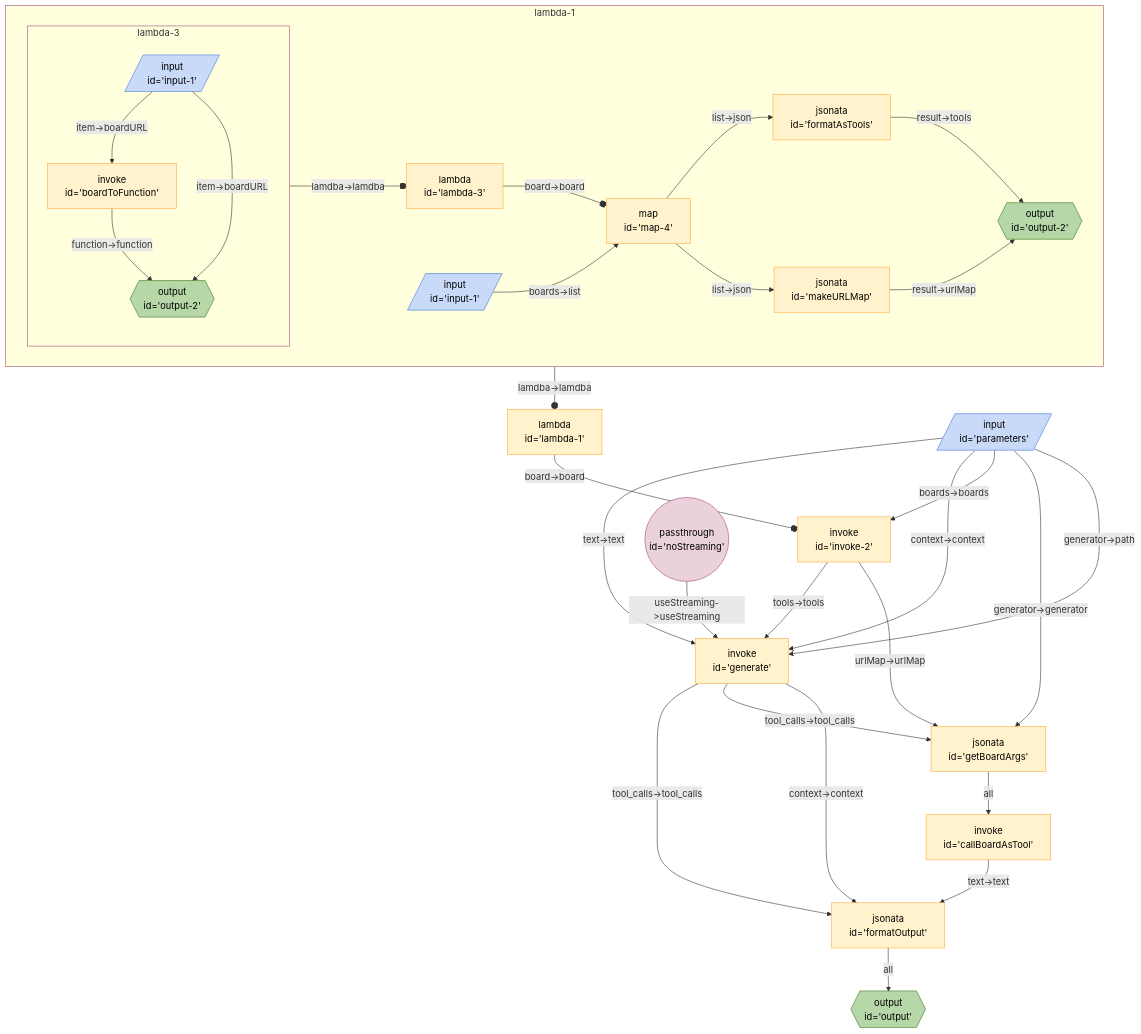
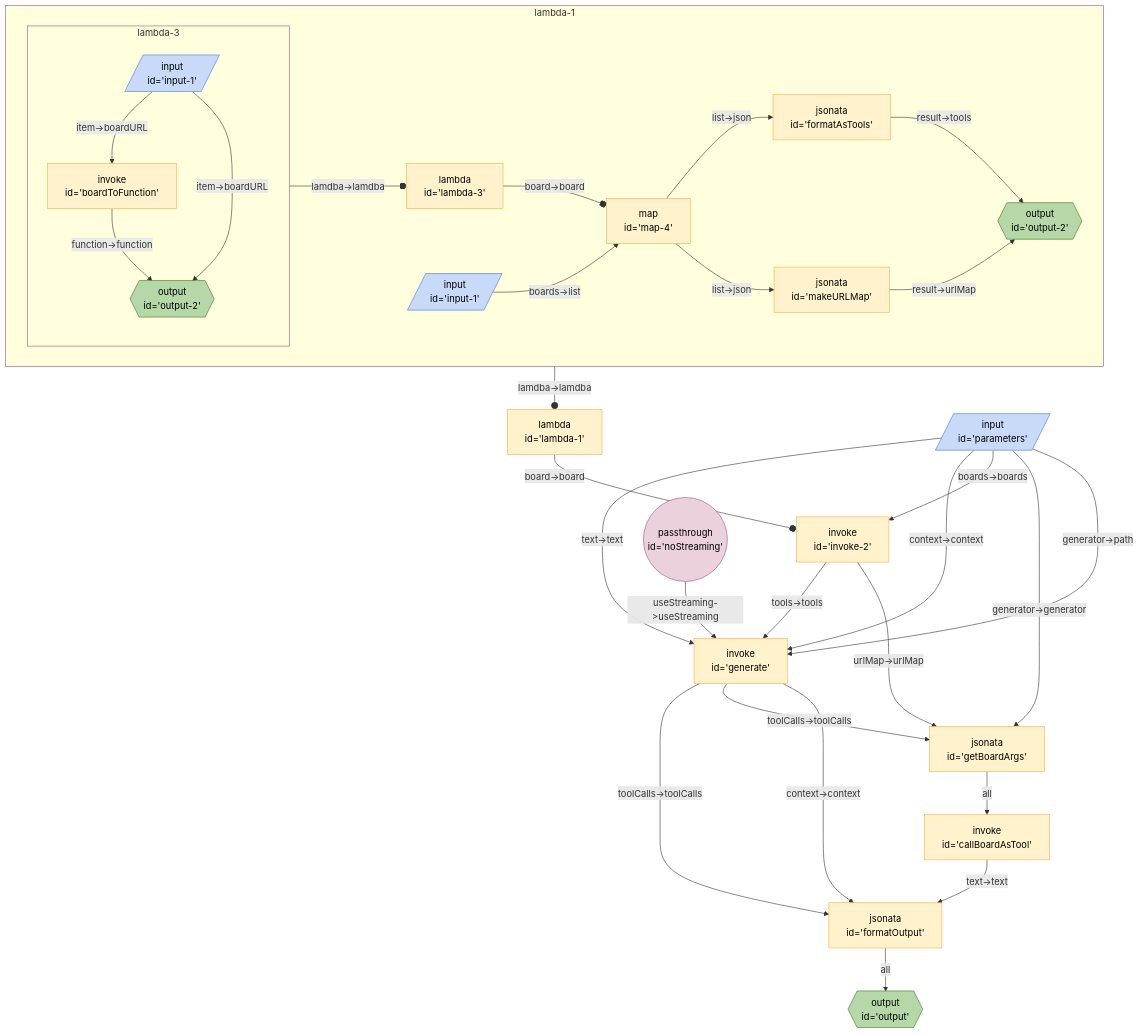
The diagram in seeds/breadboard-web/docs/graphs/board-caller.md (breadboard-ai/breadboard), drawn with Mermaid before and after one commit. The commit also changed 5 other files, not shown here.

````diff
--- a/seeds/breadboard-web/docs/graphs/board-caller.md
+++ b/seeds/breadboard-web/docs/graphs/board-caller.md
@@ -3,44 +3,44 @@
 ```mermaid
 %%{init: 'themeVariables': { 'fontFamily': 'Fira Code, monospace' }}%%
 graph TD;
 lambda1["lambda <br> id='lambda-1'"] -- "board->board" --o invoke2["invoke <br> id='invoke-2'"]
 subgraph sg_lambda1 [lambda-1]
 lambda1_lambda3["lambda <br> id='lambda-3'"] -- "board->board" --o lambda1_map4["map <br> id='map-4'"]
 subgraph sg_lambda3 [lambda-3]
 lambda1_lambda3_boardToFunction["invoke <br> id='boardToFunction'"] -- "function->function" --> lambda1_lambda3_output2{{"output <br> id='output-2'"}}:::output
 lambda1_lambda3_input1[/"input <br> id='input-1'"/]:::input -- "item->boardURL" --> lambda1_lambda3_boardToFunction["invoke <br> id='boardToFunction'"]
 lambda1_lambda3_input1[/"input <br> id='input-1'"/]:::input -- "item->boardURL" --> lambda1_lambda3_output2{{"output <br> id='output-2'"}}:::output
 end
 sg_lambda3:::slotted -- "lamdba->lamdba" --o lambda1_lambda3
 
 lambda1_formatAsTools["jsonata <br> id='formatAsTools'"] -- "result->tools" --> lambda1_output2{{"output <br> id='output-2'"}}:::output
 lambda1_map4["map <br> id='map-4'"] -- "list->json" --> lambda1_formatAsTools["jsonata <br> id='formatAsTools'"]
 lambda1_makeURLMap["jsonata <br> id='makeURLMap'"] -- "result->urlMap" --> lambda1_output2{{"output <br> id='output-2'"}}:::output
 lambda1_map4["map <br> id='map-4'"] -- "list->json" --> lambda1_makeURLMap["jsonata <br> id='makeURLMap'"]
 lambda1_input1[/"input <br> id='input-1'"/]:::input -- "boards->list" --> lambda1_map4["map <br> id='map-4'"]
 end
 sg_lambda1:::slotted -- "lamdba->lamdba" --o lambda1
 
 noStreaming(("passthrough <br> id='noStreaming'")):::passthrough -- "useStreaming->useStreaming" --> generate["invoke <br> id='generate'"]
-generate["invoke <br> id='generate'"] -- "tool_calls->tool_calls" --> formatOutput["jsonata <br> id='formatOutput'"]
+generate["invoke <br> id='generate'"] -- "toolCalls->toolCalls" --> formatOutput["jsonata <br> id='formatOutput'"]
 parameters[/"input <br> id='parameters'"/]:::input -- "text->text" --> generate["invoke <br> id='generate'"]
 parameters[/"input <br> id='parameters'"/]:::input -- "context->context" --> generate["invoke <br> id='generate'"]
 invoke2["invoke <br> id='invoke-2'"] -- "tools->tools" --> generate["invoke <br> id='generate'"]
 invoke2["invoke <br> id='invoke-2'"] -- "urlMap->urlMap" --> getBoardArgs["jsonata <br> id='getBoardArgs'"]
 parameters[/"input <br> id='parameters'"/]:::input -- "boards->boards" --> invoke2["invoke <br> id='invoke-2'"]
 formatOutput["jsonata <br> id='formatOutput'"] -- all --> output{{"output <br> id='output'"}}:::output
 callBoardAsTool["invoke <br> id='callBoardAsTool'"] -- "text->text" --> formatOutput["jsonata <br> id='formatOutput'"]
 getBoardArgs["jsonata <br> id='getBoardArgs'"] -- all --> callBoardAsTool["invoke <br> id='callBoardAsTool'"]
 parameters[/"input <br> id='parameters'"/]:::input -- "generator->generator" --> getBoardArgs["jsonata <br> id='getBoardArgs'"]
-generate["invoke <br> id='generate'"] -- "tool_calls->tool_calls" --> getBoardArgs["jsonata <br> id='getBoardArgs'"]
+generate["invoke <br> id='generate'"] -- "toolCalls->toolCalls" --> getBoardArgs["jsonata <br> id='getBoardArgs'"]
 generate["invoke <br> id='generate'"] -- "context->context" --> formatOutput["jsonata <br> id='formatOutput'"]
 parameters[/"input <br> id='parameters'"/]:::input -- "generator->path" --> generate["invoke <br> id='generate'"]
 classDef default stroke:#ffab40,fill:#fff2ccff,color:#000
 classDef input stroke:#3c78d8,fill:#c9daf8ff,color:#000
 classDef output stroke:#38761d,fill:#b6d7a8ff,color:#000
 classDef passthrough stroke:#a64d79,fill:#ead1dcff,color:#000
 classDef slot stroke:#a64d79,fill:#ead1dcff,color:#000
 classDef config stroke:#a64d79,fill:#ead1dcff,color:#000
 classDef secrets stroke:#db4437,fill:#f4cccc,color:#000
 classDef slotted stroke:#a64d79
 ```
````
